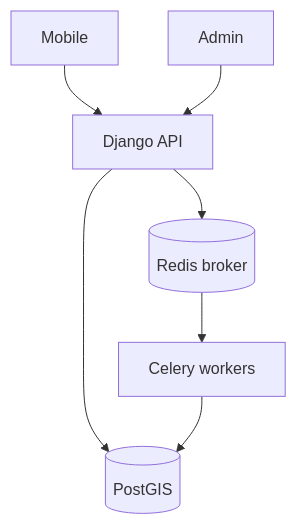
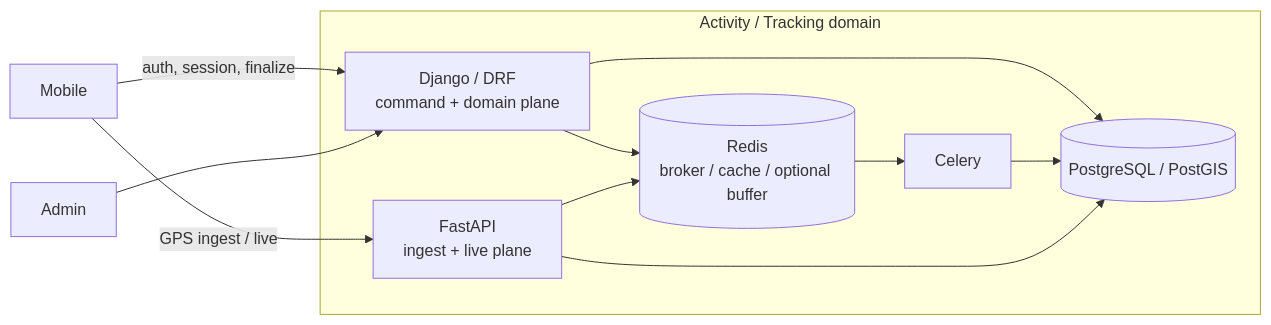
One commit to karnalooch/stunning-pancake changed the diagram in docs/pl/ARCHITECTURE.md. Above: the diagram before and after it, drawn with Mermaid. The commit also changed other lines of this file and 15 other files, not shown here.

Commit message:
docs(architecture): reconcile SSOT after red-team (#394)

````diff
--- a/docs/pl/ARCHITECTURE.md
+++ b/docs/pl/ARCHITECTURE.md
@@ -15,9 +18,24 @@
 ```mermaid
-flowchart TB
-  Mobile[Mobile] --> API[Django API]
-  Admin[Admin] --> API
-  API --> DB[(PostGIS)]
-  API --> Redis[(Redis broker)]
-  Redis --> Workers[Celery workers]
-  Workers --> DB
+flowchart LR
+  Mobile[Mobile]
+  Admin[Admin]
+
+  subgraph Activity["Activity / Tracking domain"]
+    Django[Django / DRF\ncommand + domain plane]
+    Tel[FastAPI\ningest + live plane]
+    DB[(PostgreSQL / PostGIS)]
+    Redis[(Redis\nbroker / cache / optional buffer)]
+    Celery[Celery]
+
+    Django --> DB
+    Django --> Redis
+    Redis --> Celery
+    Celery --> DB
+    Tel --> DB
+    Tel --> Redis
+  end
+
+  Mobile -->|auth, session, finalize| Django
+  Mobile -->|GPS ingest / live| Tel
+  Admin --> Django
 ```
````
